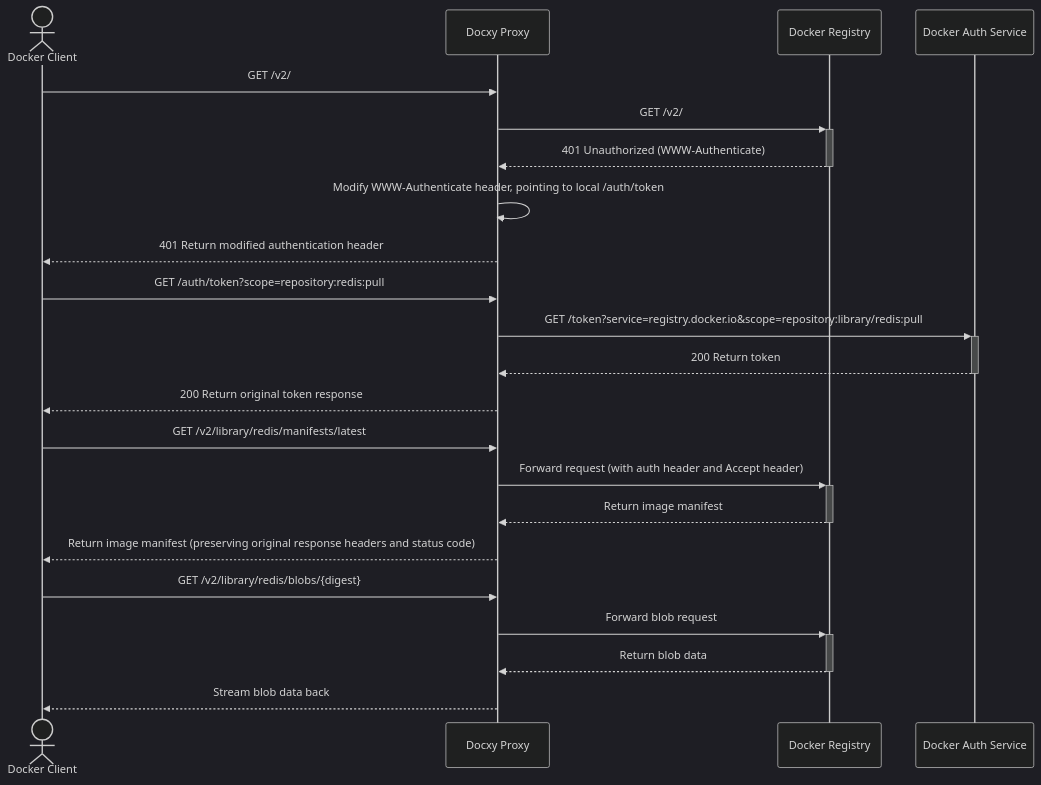
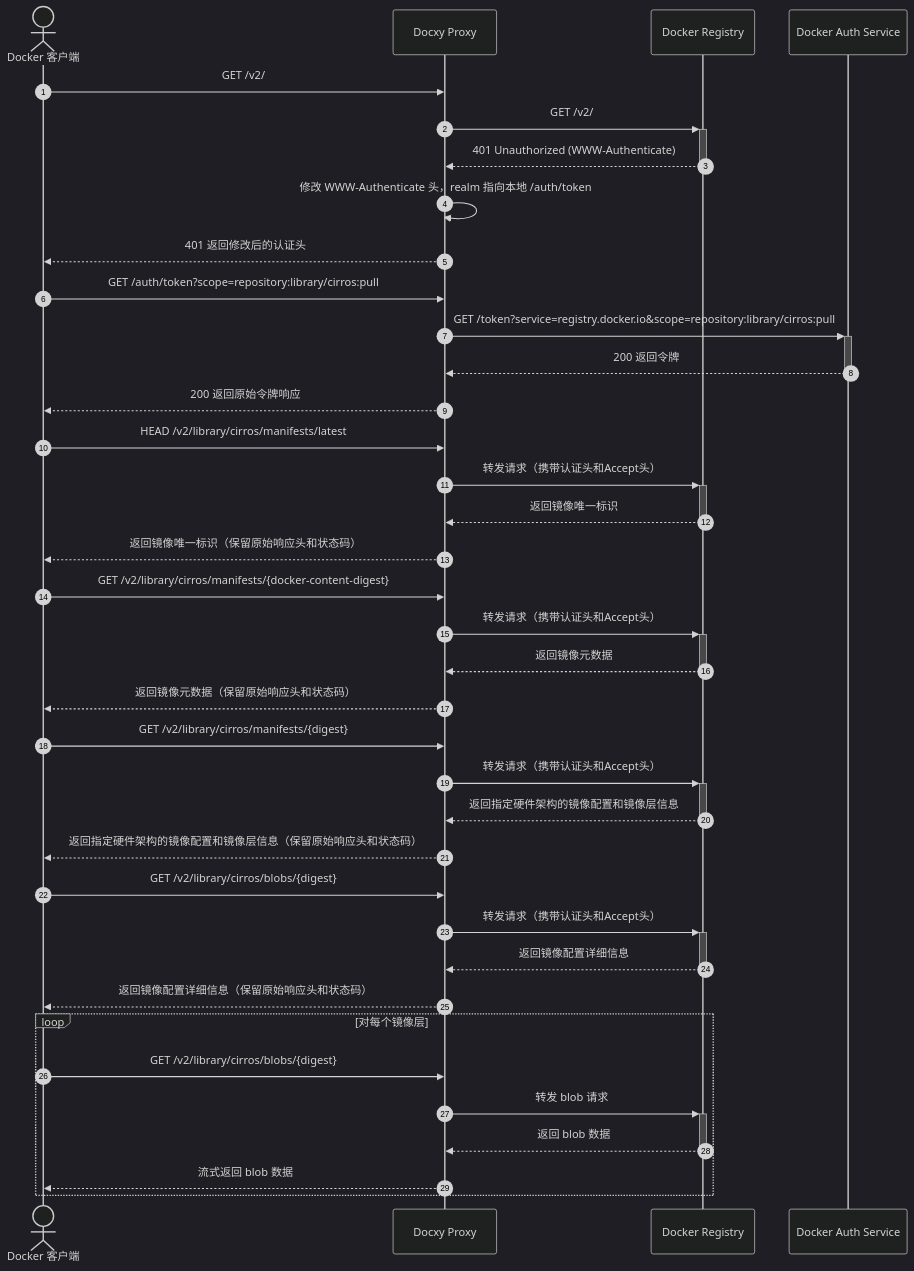
Before and after one commit to harrisonwang/docxy: the second of 3 diagrams in README.md, drawn with Mermaid (dark theme). The commit also changed other lines of this file and 7 other files, not shown here.

````diff
--- a/README.md
+++ b/README.md
@@ -90,32 +87,53 @@
 ```mermaid
 sequenceDiagram
-    actor Client as Docker Client
+    autonumber
+    actor Client as Docker 客户端
     participant Proxy as Docxy Proxy
     participant Registry as Docker Registry
     participant Auth as Docker Auth Service
     
-    %% Challenge Request Handling
+    %% 质询请求处理
     Client->>Proxy: GET /v2/
     Proxy->>+Registry: GET /v2/
     Registry-->>-Proxy: 401 Unauthorized (WWW-Authenticate)
-    Proxy->>Proxy: Modify WWW-Authenticate header, pointing to local /auth/token
-    Proxy-->>Client: 401 Return modified authentication header
+    Proxy->>Proxy: 修改 WWW-Authenticate 头，realm 指向本地 /auth/token
+    Proxy-->>Client: 401 返回修改后的认证头
     
-    %% Token Acquisition
-    Client->>Proxy: GET /auth/token?scope=repository:redis:pull
-    Proxy->>+Auth: GET /token?service=registry.docker.io&scope=repository:library/redis:pull
-    Auth-->>-Proxy: 200 Return token
-    Proxy-->>Client: 200 Return original token response
+    %% 令牌获取
+    Client->>Proxy: GET /auth/token?scope=repository:library/cirros:pull
+    Proxy->>+Auth: GET /token?service=registry.docker.io&scope=repository:library/cirros:pull
+    Auth-->>-Proxy: 200 返回令牌
+    Proxy-->>Client: 200 返回原始令牌响应
     
-    %% Image Metadata Request Handling
-    Client->>Proxy: GET /v2/library/redis/manifests/latest
-    Proxy->>+Registry: Forward request (with auth header and Accept header)
-    Registry-->>-Proxy: Return image manifest
-    Proxy-->>Client: Return image manifest (preserving original response headers and status code)
+    %% 镜像摘要请求处理
+    Client->>Proxy: HEAD /v2/library/cirros/manifests/latest
+    Proxy->>+Registry: 转发请求（携带认证头和Accept头）
+    Registry-->>-Proxy: 返回镜像唯一标识
+    Proxy-->>Client: 返回镜像唯一标识（保留原始响应头和状态码）
+
+    %% 镜像元数据请求处理
+    Client->>Proxy: GET /v2/library/cirros/manifests/{docker-content-digest}
+    Proxy->>+Registry: 转发请求（携带认证头和Accept头）
+    Registry-->>-Proxy: 返回镜像元数据
+    Proxy-->>Client: 返回镜像元数据（保留原始响应头和状态码）
+
+    %% 镜像配置和镜像层信息请求处理
+    Client->>Proxy: GET /v2/library/cirros/manifests/{digest}
+    Proxy->>+Registry: 转发请求（携带认证头和Accept头）
+    Registry-->>-Proxy: 返回指定硬件架构的镜像配置和镜像层信息
+    Proxy-->>Client: 返回指定硬件架构的镜像配置和镜像层信息（保留原始响应头和状态码）
+
+    %% 镜像配置详细信息请求处理
+    Client->>Proxy: GET /v2/library/cirros/blobs/{digest}
+    Proxy->>+Registry: 转发请求（携带认证头和Accept头）
+    Registry-->>-Proxy: 返回镜像配置详细信息
+    Proxy-->>Client: 返回镜像配置详细信息（保留原始响应头和状态码）
     
-    %% Binary Data Handling
-    Client->>Proxy: GET /v2/library/redis/blobs/{digest}
-    Proxy->>+Registry: Forward blob request
-    Registry-->>-Proxy: Return blob data
-    Proxy-->>Client: Stream blob data back
+    %% 各镜像层二进制数据请求处理（循环处理每一层）
+    loop 对每个镜像层
+        Client->>Proxy: GET /v2/library/cirros/blobs/{digest}
+        Proxy->>+Registry: 转发 blob 请求
+        Registry-->>-Proxy: 返回 blob 数据
+        Proxy-->>Client: 流式返回 blob 数据
+    end
 ```
````
